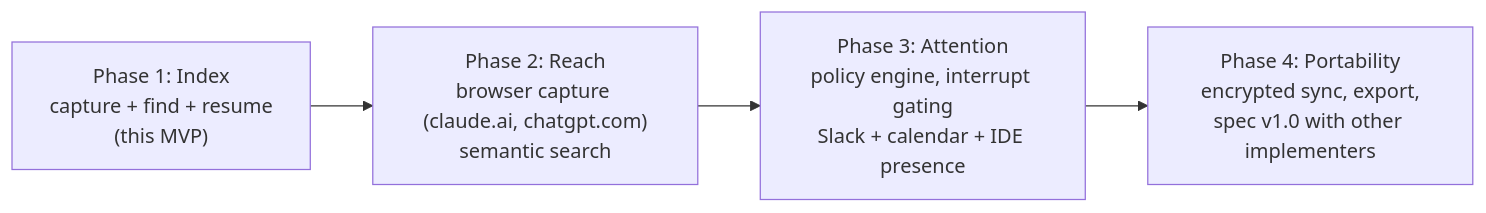
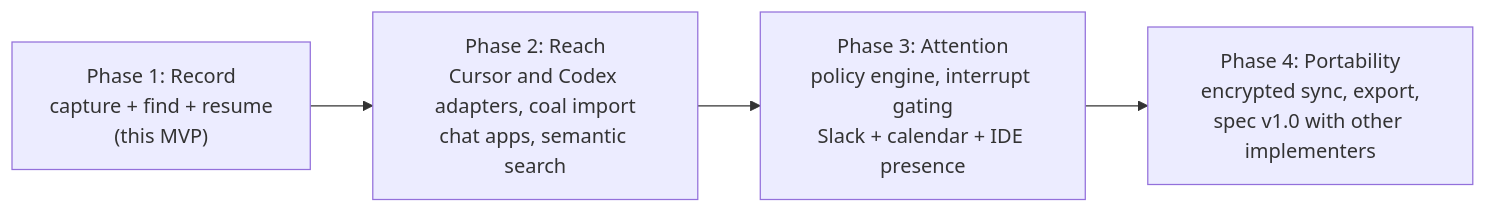
The sixth of 6 diagrams in docs/03-ARCHITECTURE.md (calebtonn/coal), drawn with Mermaid before and after one commit. The commit also changed 3 other files, not shown here.

````diff
--- a/docs/03-ARCHITECTURE.md
+++ b/docs/03-ARCHITECTURE.md
@@ -154,8 +154,8 @@
 ```mermaid
 flowchart LR
-    P1["Phase 1: Index<br/>capture + find + resume<br/>(this MVP)"]
-    P2["Phase 2: Reach<br/>browser capture (claude.ai, chatgpt.com)<br/>semantic search"]
+    P1["Phase 1: Record<br/>capture + find + resume<br/>(this MVP)"]
+    P2["Phase 2: Reach<br/>Cursor and Codex adapters, coal import<br/>chat apps, semantic search"]
     P3["Phase 3: Attention<br/>policy engine, interrupt gating<br/>Slack + calendar + IDE presence"]
     P4["Phase 4: Portability<br/>encrypted sync, export,<br/>spec v1.0 with other implementers"]
     P1 --> P2 --> P3 --> P4
 ```
````
